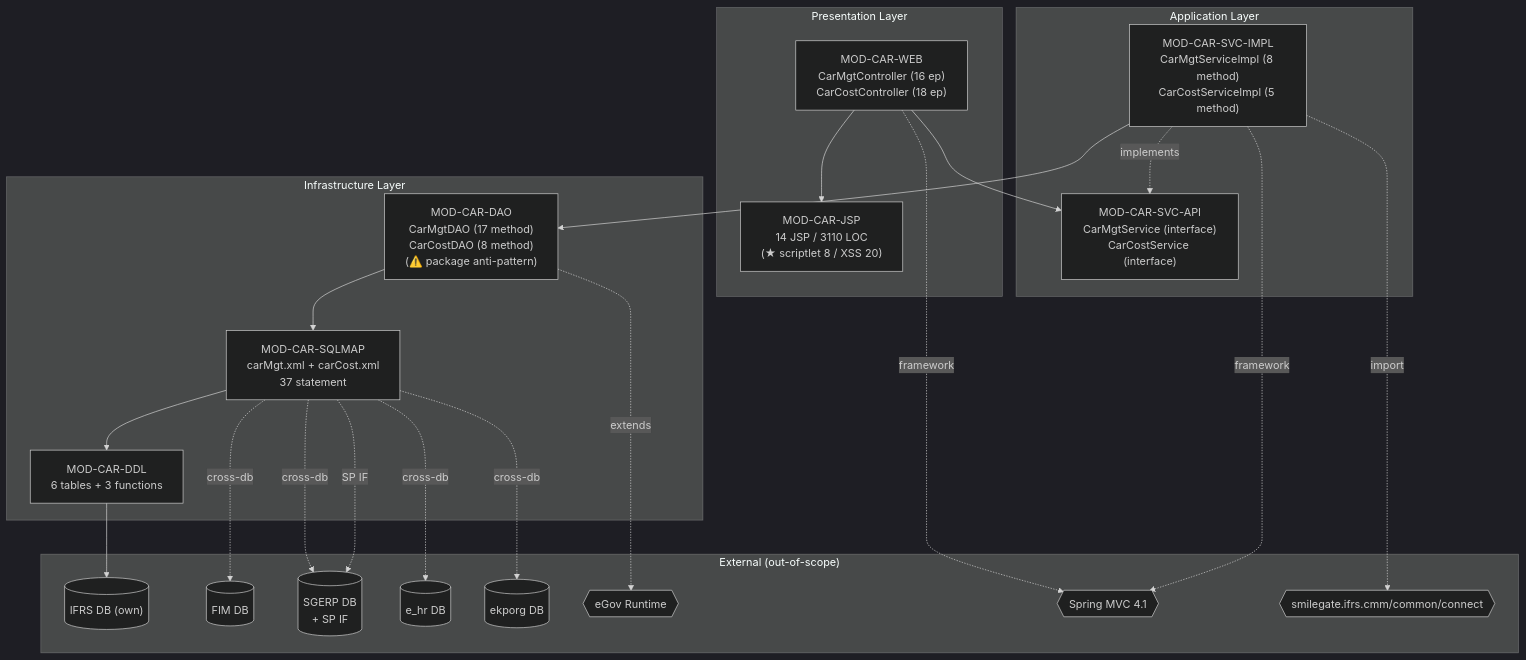
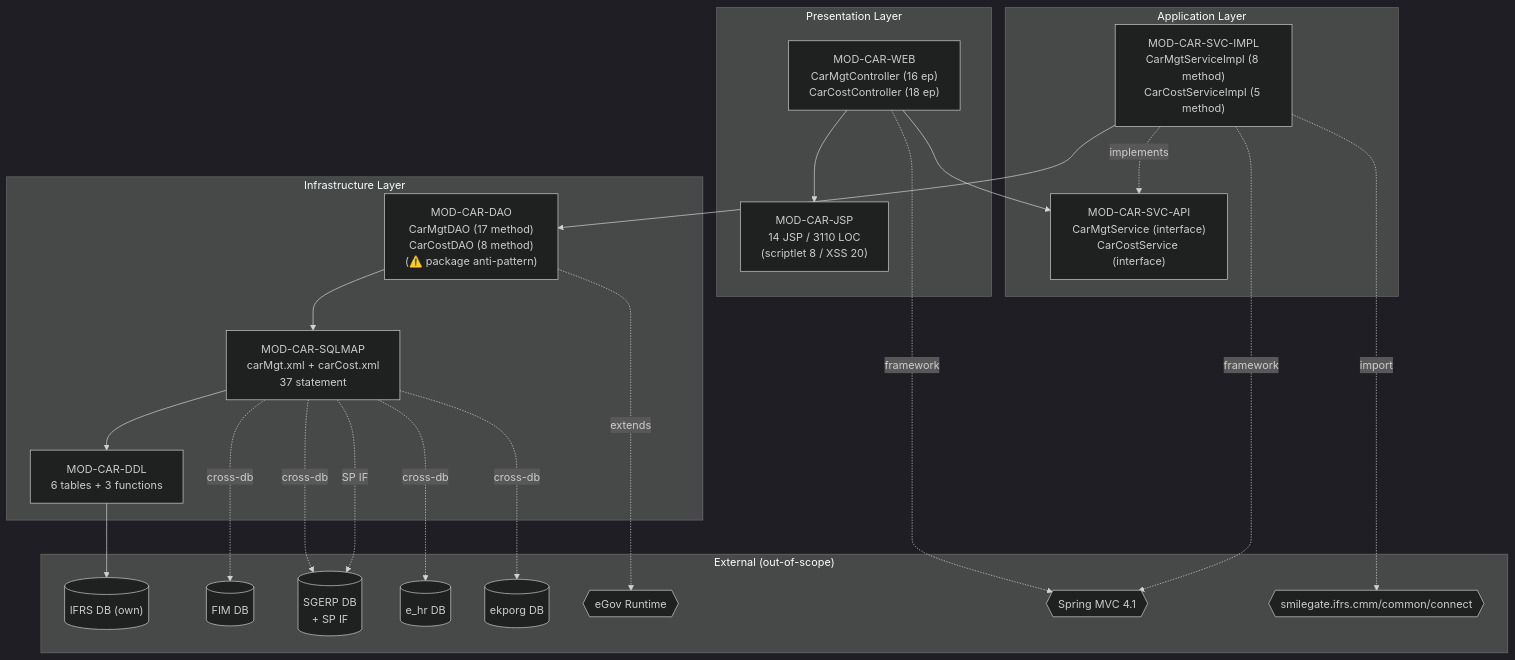
Before and after one commit to rageboom/ai-native-methodology: the diagram in ai-native-methodology/examples/poc-16-efiweb-car-spring41/input/architecture.mermaid, drawn with Mermaid (dark theme). The commit also changed 1659 other files, not shown here.

```diff
--- a/ai-native-methodology/examples/poc-16-efiweb-car-spring41/input/architecture.mermaid
+++ b/ai-native-methodology/examples/poc-16-efiweb-car-spring41/input/architecture.mermaid
@@ -1,48 +1,48 @@
 %% PoC #16 EFI-WEB car — Architecture (layer × module)
 %% layered 3-tier + Clean Architecture layer 매핑 (approximation)
 %% architecture.json 와 의미 동등
 
 flowchart TB
     subgraph PRES["Presentation Layer"]
         WEB["MOD-CAR-WEB<br/>CarMgtController (16 ep)<br/>CarCostController (18 ep)"]
-        JSP["MOD-CAR-JSP<br/>14 JSP / 3110 LOC<br/>(★ scriptlet 8 / XSS 20)"]
+        JSP["MOD-CAR-JSP<br/>14 JSP / 3110 LOC<br/>(scriptlet 8 / XSS 20)"]
     end
 
     subgraph APP["Application Layer"]
         SVCAPI["MOD-CAR-SVC-API<br/>CarMgtService (interface)<br/>CarCostService (interface)"]
         SVCIMPL["MOD-CAR-SVC-IMPL<br/>CarMgtServiceImpl (8 method)<br/>CarCostServiceImpl (5 method)"]
     end
 
     subgraph INFRA["Infrastructure Layer"]
         DAO["MOD-CAR-DAO<br/>CarMgtDAO (17 method)<br/>CarCostDAO (8 method)<br/>(⚠️ package anti-pattern)"]
         SQLMAP["MOD-CAR-SQLMAP<br/>carMgt.xml + carCost.xml<br/>37 statement"]
         DDL["MOD-CAR-DDL<br/>6 tables + 3 functions"]
     end
 
     subgraph EXT["External (out-of-scope)"]
         DB_IFRS[("IFRS DB (own)")]
         DB_FIM[("FIM DB")]
         DB_SGERP[("SGERP DB<br/>+ SP IF")]
         DB_EHR[("e_hr DB")]
         DB_EKPORG[("ekporg DB")]
         EGOV{{"eGov Runtime"}}
         SPRING{{"Spring MVC 4.1"}}
         CMM_COMMON_CONNECT{{"smilegate.ifrs.cmm/common/connect"}}
     end
 
     WEB --> JSP
     WEB --> SVCAPI
     SVCIMPL -.implements.-> SVCAPI
     SVCIMPL --> DAO
     DAO --> SQLMAP
     SQLMAP --> DDL
     SQLMAP -.cross-db.-> DB_FIM
     SQLMAP -.cross-db.-> DB_SGERP
     SQLMAP -.cross-db.-> DB_EHR
     SQLMAP -.cross-db.-> DB_EKPORG
     DDL --> DB_IFRS
     SQLMAP -.SP IF.-> DB_SGERP
     SVCIMPL -.import.-> CMM_COMMON_CONNECT
     DAO -.extends.-> EGOV
     WEB -.framework.-> SPRING
     SVCIMPL -.framework.-> SPRING
```
